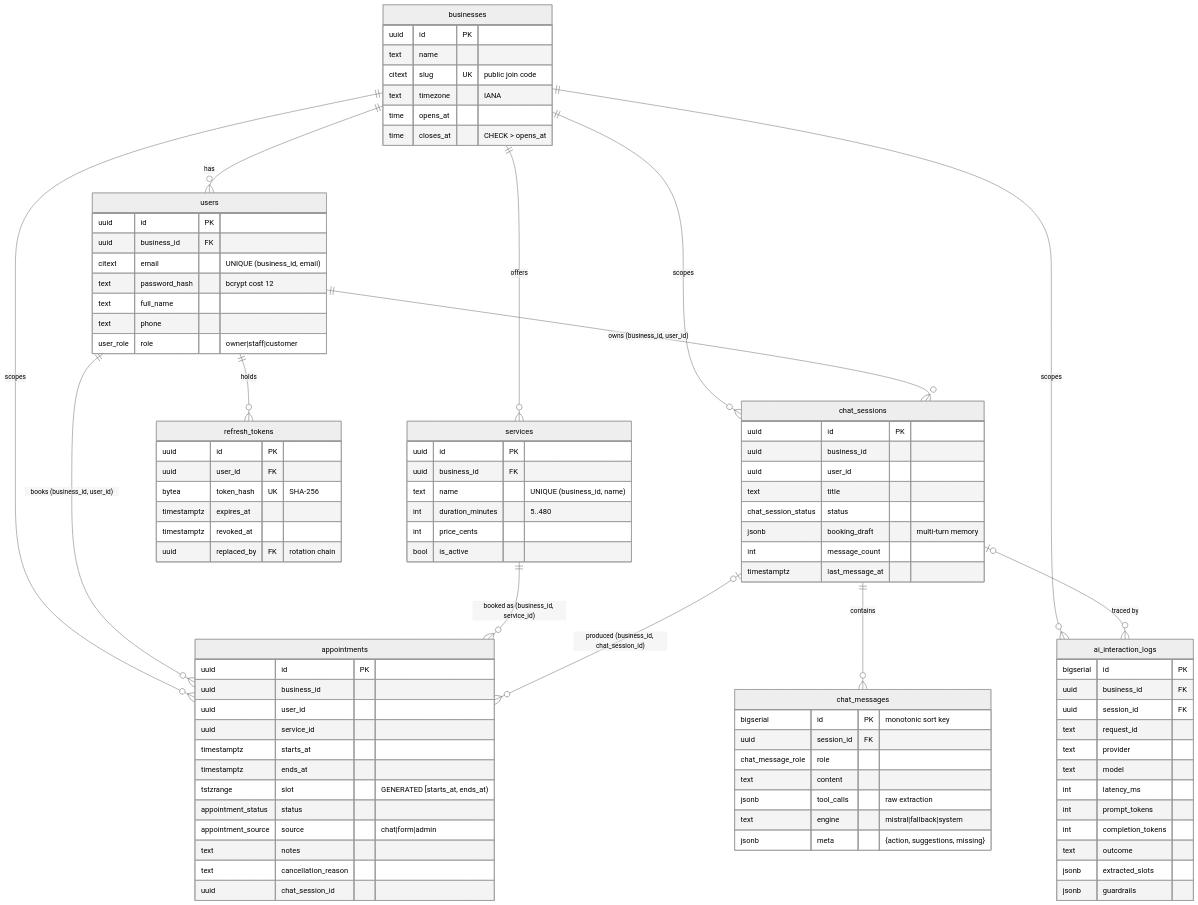
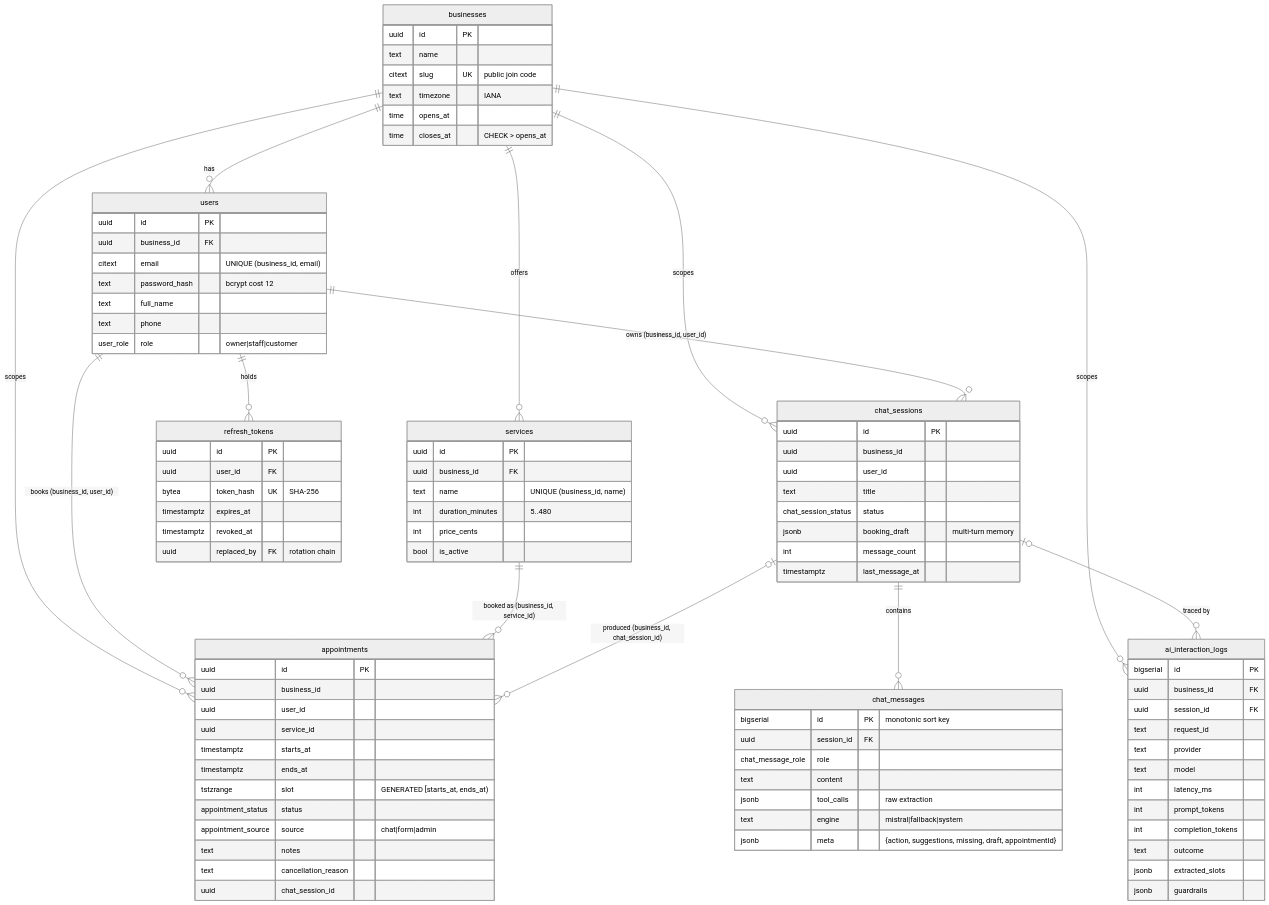
Before and after one commit to alisafdar35/ai-appointment-booking: the diagram in docs/database.md, drawn with Mermaid (neutral theme). The commit also changed 34 other files, not shown here.

```diff
--- a/docs/database.md
+++ b/docs/database.md
@@ -83,7 +83,7 @@
     text content
     jsonb tool_calls "raw extraction"
     text engine "mistral|fallback|system"
-    jsonb meta "{action, suggestions, missing}"
+    jsonb meta "{action, suggestions, missing, draft, appointmentId}"
   }
   ai_interaction_logs {
     bigserial id PK
```
